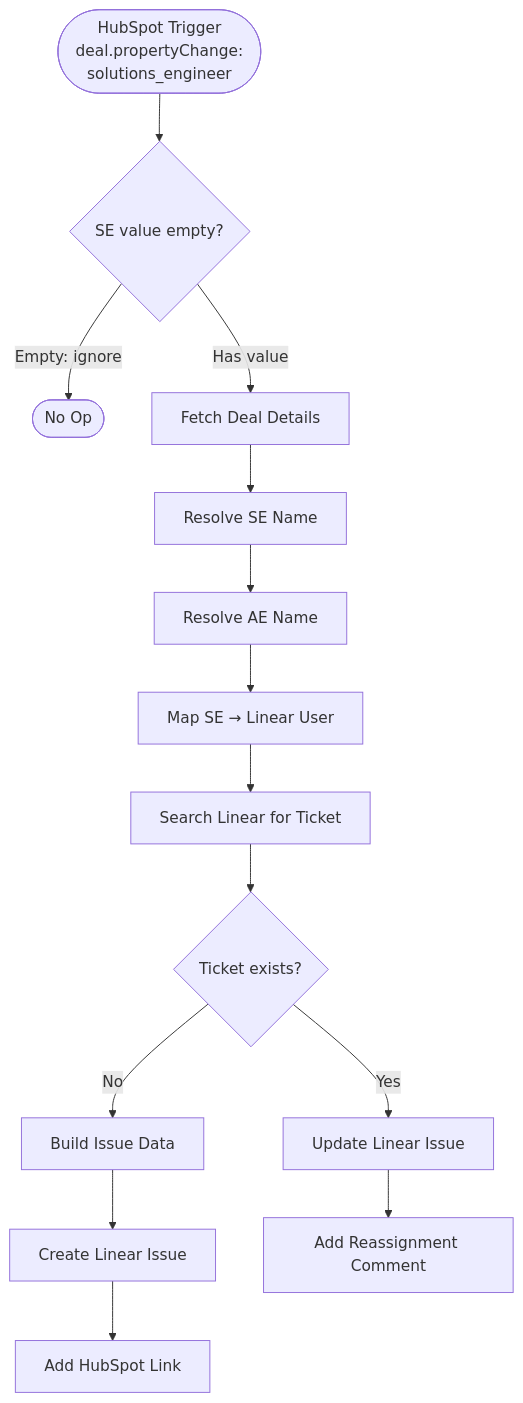
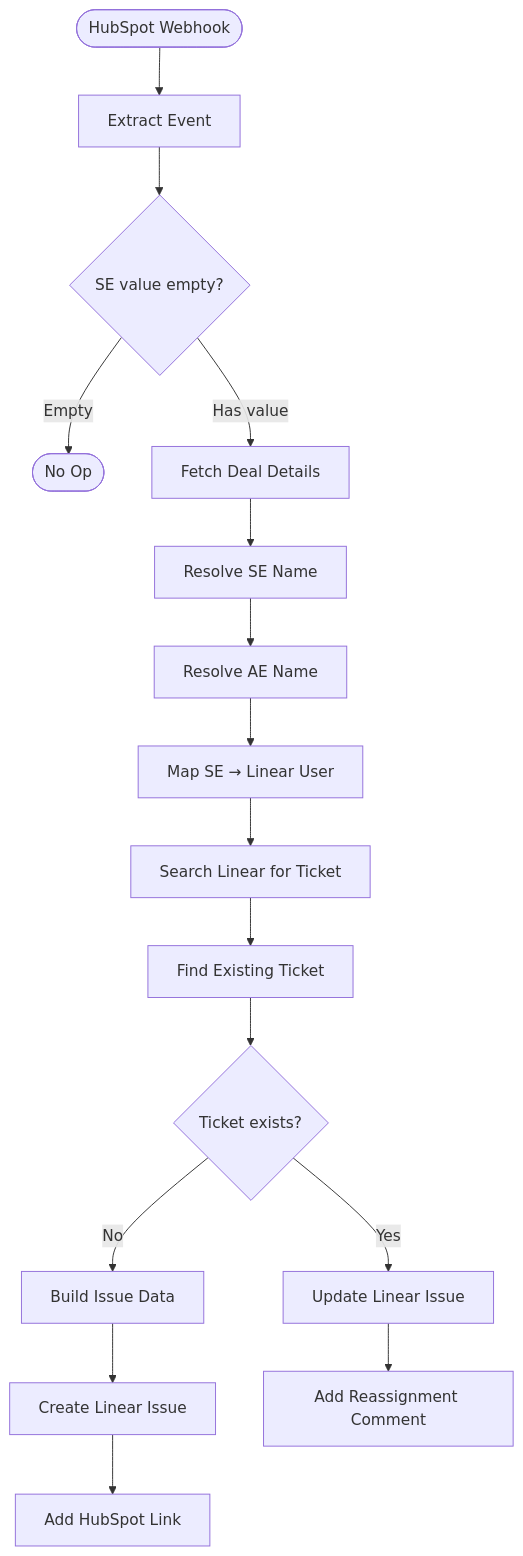
Before and after one commit to isaachasbani-legalfly/workflow-automations: the diagram in workflows/hubspot-se-linear-ticket/ARCHITECTURE-v1.0.md, drawn with Mermaid. The commit also changed other lines of this file and 4 other files, not shown here.

First line of the commit message:
fix: update SE-Linear workflow to use webhook trigger and attachment-based dedup

````diff
--- a/workflows/hubspot-se-linear-ticket/ARCHITECTURE-v1.0.md
+++ b/workflows/hubspot-se-linear-ticket/ARCHITECTURE-v1.0.md
@@ -9,16 +11,18 @@
 ```mermaid
 flowchart TD
-    Trigger([HubSpot Trigger\ndeal.propertyChange:\nsolutions_engineer]) --> Guard{SE value empty?}
-    Guard -->|Empty: ignore| Stop([No Op])
+    Webhook([HubSpot Webhook]) --> Extract[Extract Event]
+    Extract --> Guard{SE value empty?}
+    Guard -->|Empty| Stop([No Op])
     Guard -->|Has value| FetchDeal[Fetch Deal Details]
     FetchDeal --> ResolveSE[Resolve SE Name]
     ResolveSE --> ResolveAE[Resolve AE Name]
     ResolveAE --> MapLinearUser[Map SE → Linear User]
     MapLinearUser --> SearchLinear[Search Linear for Ticket]
-    SearchLinear --> Exists{Ticket exists?}
+    SearchLinear --> FindTicket[Find Existing Ticket]
+    FindTicket --> Exists{Ticket exists?}
     Exists -->|No| BuildData[Build Issue Data]
     BuildData --> CreateIssue[Create Linear Issue]
     CreateIssue --> AddLink[Add HubSpot Link]
     Exists -->|Yes| UpdateIssue[Update Linear Issue]
     UpdateIssue --> AddComment[Add Reassignment Comment]
 ```
````
